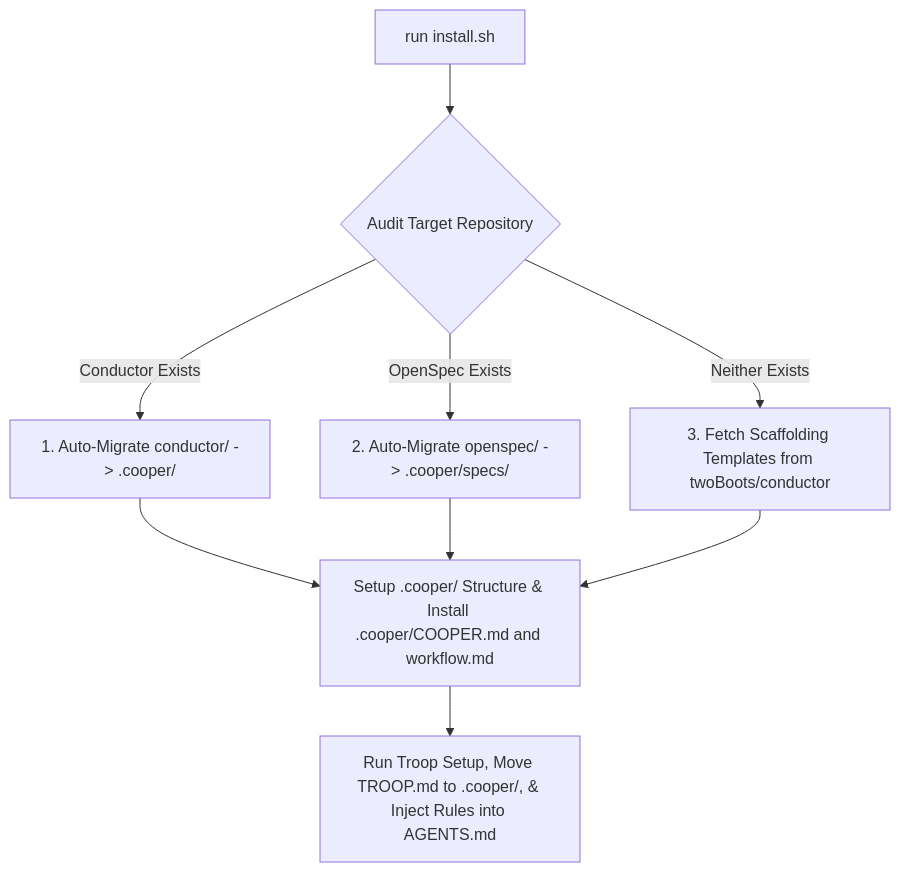
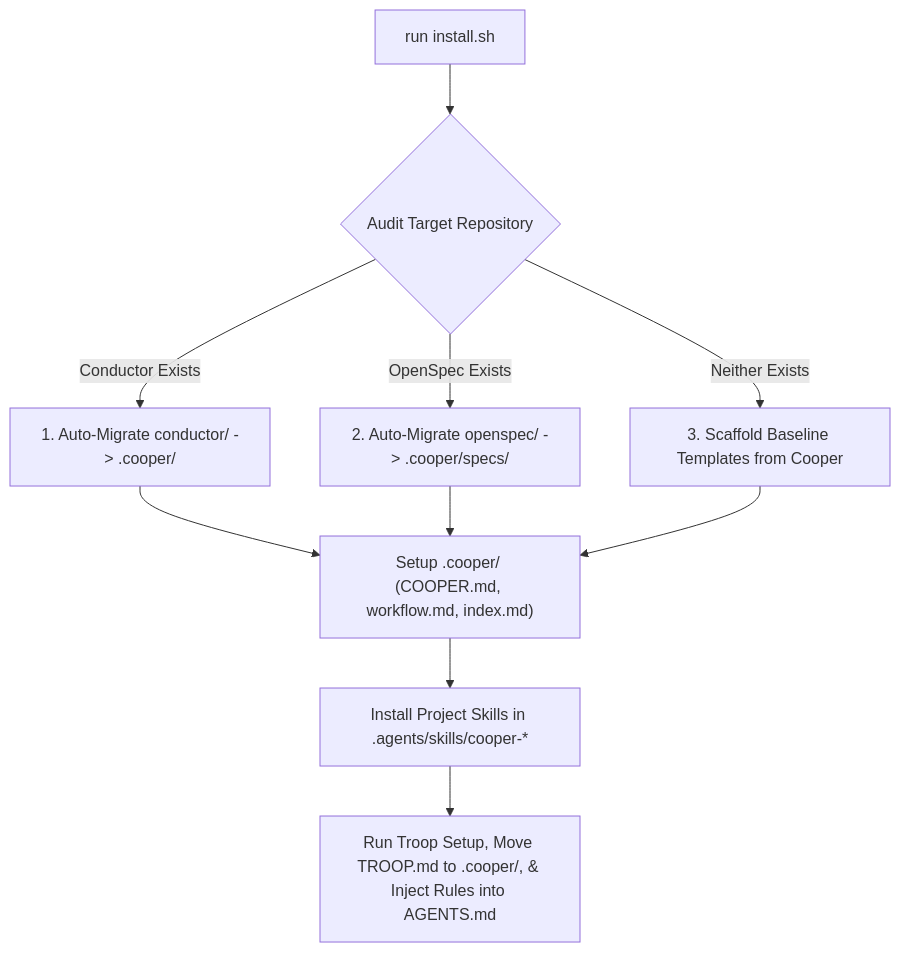
One commit to twoBoots/cooper changed the diagram in docs/INSTALL.md. Above: the diagram before and after it, drawn with Mermaid. The commit also changed other lines of this file and 26 other files, not shown here.

Commit message:
feat(skills): Package native Cooper skills and self-contained templates

````diff
--- a/docs/INSTALL.md
+++ b/docs/INSTALL.md
@@ -25,14 +25,15 @@
 ```mermaid
 flowchart TD
     A["run install.sh"] --> B{"Audit Target Repository"}
     
     B -->|Conductor Exists| C["1. Auto-Migrate conductor/ -> .cooper/"]
     B -->|OpenSpec Exists| D["2. Auto-Migrate openspec/ -> .cooper/specs/"]
-    B -->|Neither Exists| E["3. Fetch Scaffolding Templates from twoBoots/conductor"]
+    B -->|Neither Exists| E["3. Scaffold Baseline Templates from Cooper"]
     
-    C --> F["Setup .cooper/ Structure & Install .cooper/COOPER.md and workflow.md"]
+    C --> F["Setup .cooper/ (COOPER.md, workflow.md, index.md)"]
     D --> F
     E --> F
     
-    F --> G["Run Troop Setup, Move TROOP.md to .cooper/, & Inject Rules into AGENTS.md"]
+    F --> G["Install Project Skills in .agents/skills/cooper-*"]
+    G --> H["Run Troop Setup, Move TROOP.md to .cooper/, & Inject Rules into AGENTS.md"]
 ```
````
